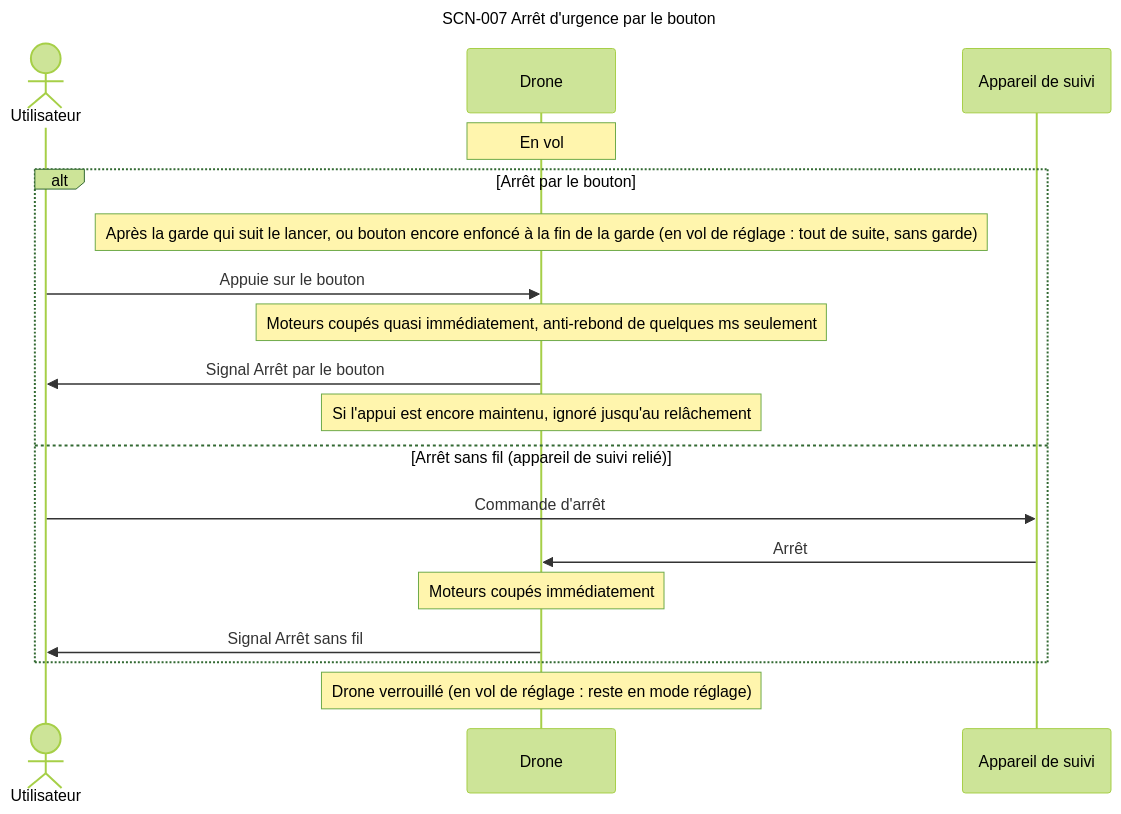
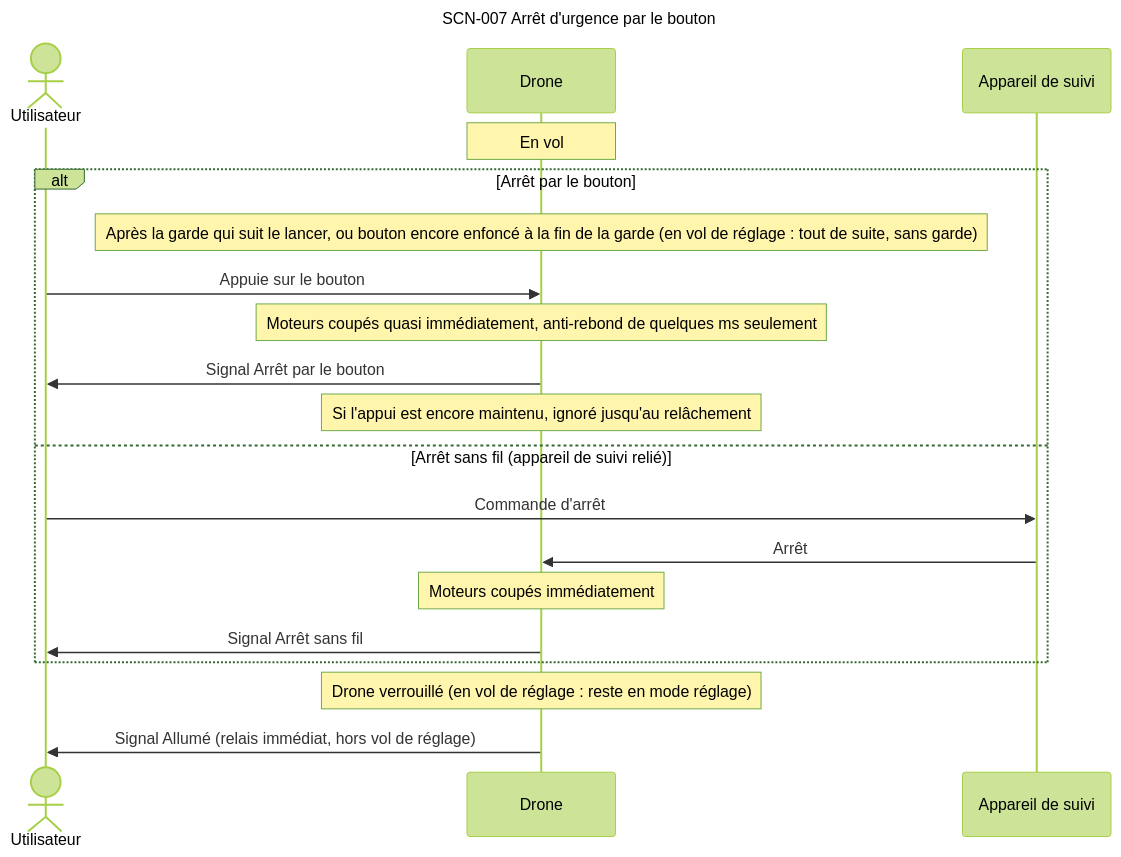
Before and after one commit to thourymatthieu-png/coworker_archi_system: diagram 11 of 15 in projets/boomrone/00-scenarios.md, drawn with Mermaid (forest theme). The commit also changed other lines of this file and 6 other files, not shown here.

````diff
--- a/projets/boomrone/00-scenarios.md
+++ b/projets/boomrone/00-scenarios.md
@@ -571,23 +583,24 @@
 ```mermaid
 ---
 title: "SCN-007 Arrêt d'urgence par le bouton"
 ---
 sequenceDiagram
     actor U as Utilisateur
     participant D as Drone
     participant A as Appareil de suivi
     Note over D: En vol
     alt Arrêt par le bouton
         Note over D: Après la garde qui suit le lancer, ou bouton encore enfoncé à la fin de la garde (en vol de réglage : tout de suite, sans garde)
         U->>D: Appuie sur le bouton
         Note over D: Moteurs coupés quasi immédiatement, anti-rebond de quelques ms seulement
         D->>U: Signal Arrêt par le bouton
         Note over D: Si l'appui est encore maintenu, ignoré jusqu'au relâchement
     else Arrêt sans fil (appareil de suivi relié)
         U->>A: Commande d'arrêt
         A->>D: Arrêt
         Note over D: Moteurs coupés immédiatement
         D->>U: Signal Arrêt sans fil
     end
     Note over D: Drone verrouillé (en vol de réglage : reste en mode réglage)
+    D->>U: Signal Allumé (relais immédiat, hors vol de réglage)
 ```
````
